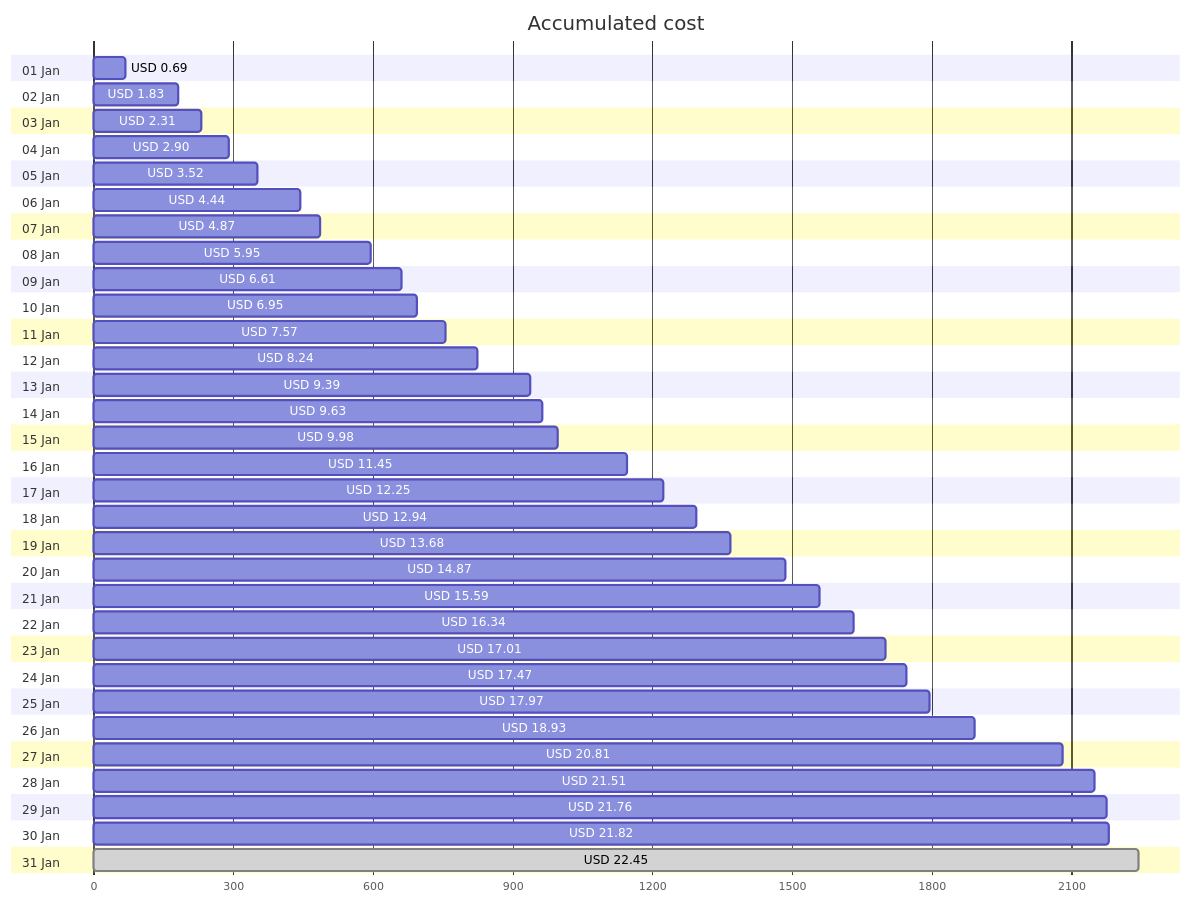
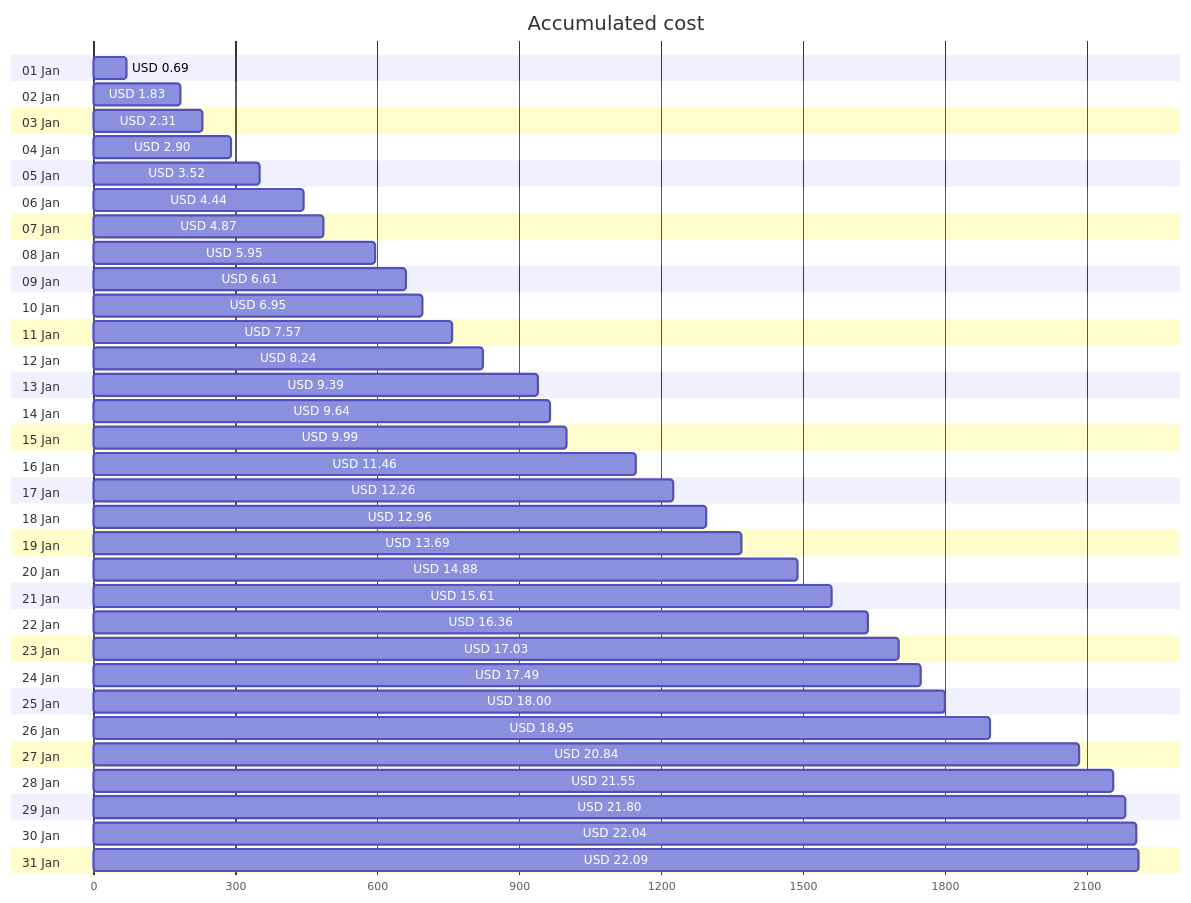
The first of 4 diagrams in cost-reports/personal-network/vpn-server.md (jpfulton/azure-personal-reports), drawn with Mermaid before and after one commit. The commit also changed other lines of this file and 8 other files, not shown here.

````diff
--- a/cost-reports/personal-network/vpn-server.md
+++ b/cost-reports/personal-network/vpn-server.md
@@ -20,68 +20,68 @@
 ```mermaid
 gantt
    title Accumulated cost
    dateFormat  X
    axisFormat %s
    section 01 Jan
    USD 0.69 :0, 69
    section 02 Jan
    USD 1.83 :0, 183
    section 03 Jan
    USD 2.31 :0, 231
    section 04 Jan
    USD 2.90 :0, 290
    section 05 Jan
    USD 3.52 :0, 352
    section 06 Jan
    USD 4.44 :0, 444
    section 07 Jan
    USD 4.87 :0, 487
    section 08 Jan
    USD 5.95 :0, 595
    section 09 Jan
    USD 6.61 :0, 661
    section 10 Jan
    USD 6.95 :0, 695
    section 11 Jan
    USD 7.57 :0, 757
    section 12 Jan
    USD 8.24 :0, 824
    section 13 Jan
    USD 9.39 :0, 939
    section 14 Jan
-   USD 9.63 :0, 963
+   USD 9.64 :0, 964
    section 15 Jan
-   USD 9.98 :0, 998
+   USD 9.99 :0, 999
    section 16 Jan
-   USD 11.45 :0, 1145
+   USD 11.46 :0, 1146
    section 17 Jan
-   USD 12.25 :0, 1225
+   USD 12.26 :0, 1226
    section 18 Jan
-   USD 12.94 :0, 1294
+   USD 12.96 :0, 1296
    section 19 Jan
-   USD 13.68 :0, 1368
+   USD 13.69 :0, 1369
    section 20 Jan
-   USD 14.87 :0, 1487
+   USD 14.88 :0, 1488
    section 21 Jan
-   USD 15.59 :0, 1559
+   USD 15.61 :0, 1561
    section 22 Jan
-   USD 16.34 :0, 1634
+   USD 16.36 :0, 1636
    section 23 Jan
-   USD 17.01 :0, 1701
+   USD 17.03 :0, 1703
    section 24 Jan
-   USD 17.47 :0, 1747
+   USD 17.49 :0, 1749
    section 25 Jan
-   USD 17.97 :0, 1797
+   USD 18.00 :0, 1800
    section 26 Jan
-   USD 18.93 :0, 1893
+   USD 18.95 :0, 1895
    section 27 Jan
-   USD 20.81 :0, 2081
+   USD 20.84 :0, 2084
    section 28 Jan
-   USD 21.51 :0, 2151
+   USD 21.55 :0, 2155
    section 29 Jan
-   USD 21.76 :0, 2176
+   USD 21.80 :0, 2180
    section 30 Jan
-   USD 21.82 :0, 2182
+   USD 22.04 :0, 2204
    section 31 Jan
-   USD 22.45 : done, 0, 2245
+   USD 22.09 :0, 2209
 ```
````
